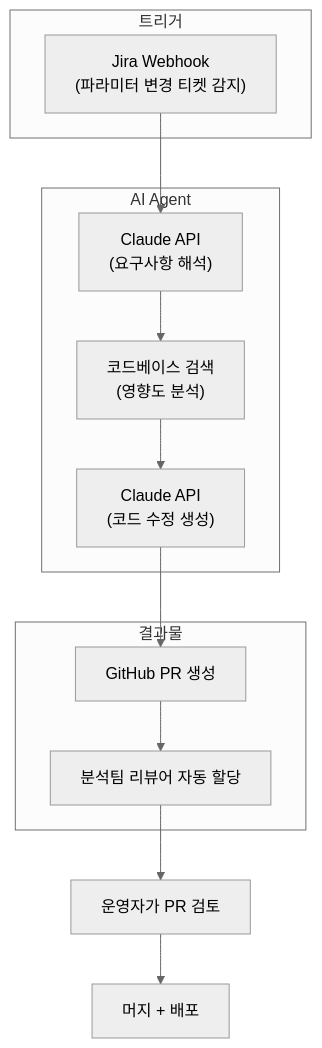
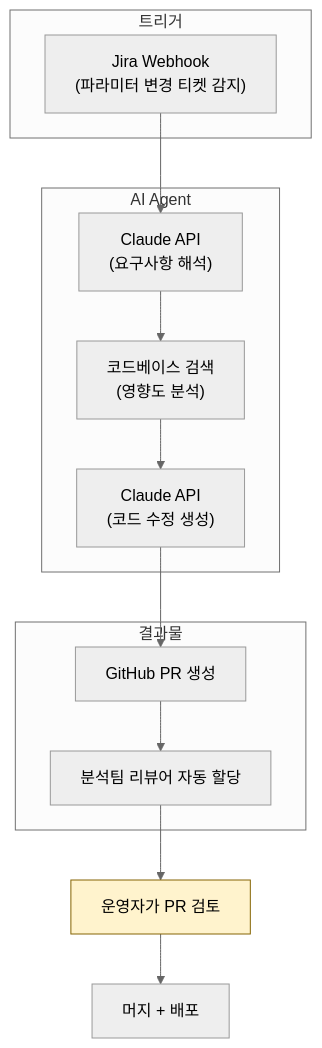
The fourth of 4 diagrams in _posts/2026-04-15-kais-파라미터-변경-ai-agent-설계-llm을-production-워크플로우에-적용하기.md (Gyubster/til), drawn with Mermaid (neutral theme) before and after one commit. The commit also changed other lines of this file and 11 other files, not shown here.

````diff
--- a/_posts/2026-04-15-kais-파라미터-변경-ai-agent-설계-llm을-production-워크플로우에-적용하기.md
+++ b/_posts/2026-04-15-kais-파라미터-변경-ai-agent-설계-llm을-production-워크플로우에-적용하기.md
@@ -89,19 +92,20 @@
 ```mermaid
 flowchart TD
     subgraph trigger["트리거"]
         A["Jira Webhook<br>(파라미터 변경 티켓 감지)"]
     end
     subgraph agent["AI Agent"]
         B["Claude API<br>(요구사항 해석)"]
         C["코드베이스 검색<br>(영향도 분석)"]
         D["Claude API<br>(코드 수정 생성)"]
     end
     subgraph output["결과물"]
         E["GitHub PR 생성"]
         F["분석팀 리뷰어 자동 할당"]
     end
     A --> B --> C --> D --> E --> F
 
     G["운영자가 PR 검토"] --> H["머지 + 배포"]
     F --> G
+    style G fill:#fff3cd,stroke:#856404
 ```
````
